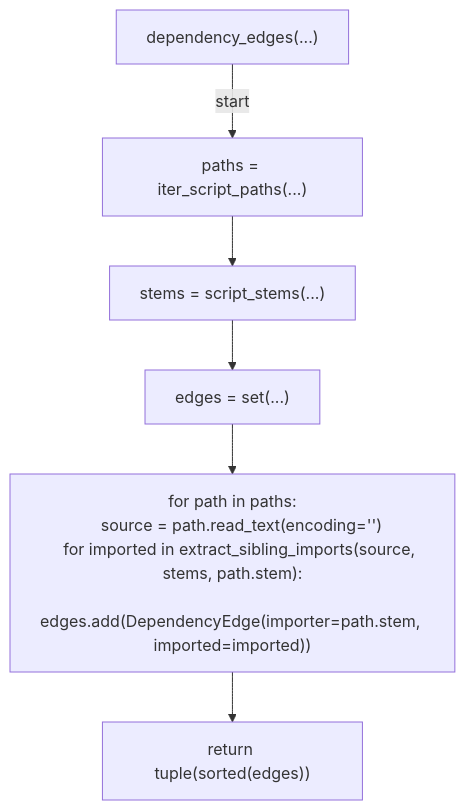
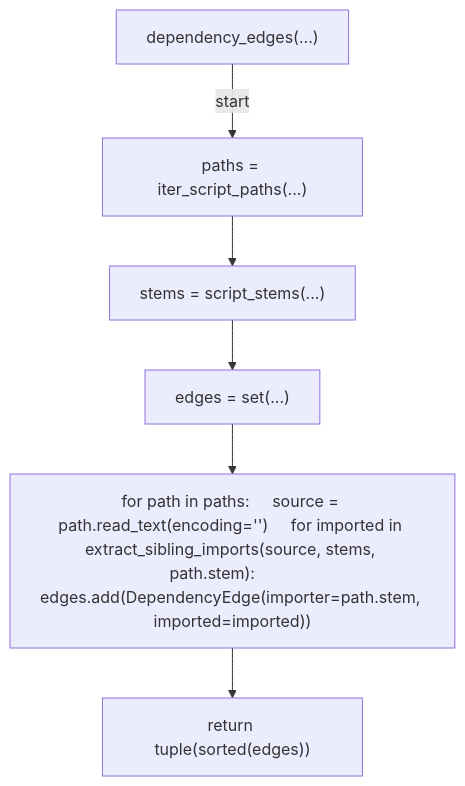
The fifth of 13 diagrams in docs/generated/scripts/ast/script_dependency_graph.md (tvna/claude-md), drawn with Mermaid before and after one commit. The commit also changed other lines of this file and 23 other files, not shown here.

First line of the commit message:
docs(generated): regenerate decision tree and workflow diagrams (batch 4/5)

````diff
--- a/docs/generated/scripts/ast/script_dependency_graph.md
+++ b/docs/generated/scripts/ast/script_dependency_graph.md
@@ -60,17 +55,14 @@
 ```mermaid
 flowchart TD
     N001["dependency_edges(...)"]
     N002["paths = iter_script_paths(...)"]
     N003["stems = script_stems(...)"]
     N004["edges = set(...)"]
-    N005["for path in paths:
-    source = path.read_text(encoding='<str>')
-    for imported in extract_sibling_imports(source, stems, path.stem):
-        edges.add(DependencyEdge(importer=path.stem, imported=imported))"]
+    N005["for path in paths:     source = path.read_text(encoding='<str>')     for imported in extract_sibling_imports(source, stems, path.stem):         edges.add(DependencyEdge(importer=path.stem, imported=imported))"]
     N006["return tuple(sorted(edges))"]
     N001 -->|"start"| N002
     N002 --> N003
     N003 --> N004
     N004 --> N005
     N005 --> N006
 ```
````
